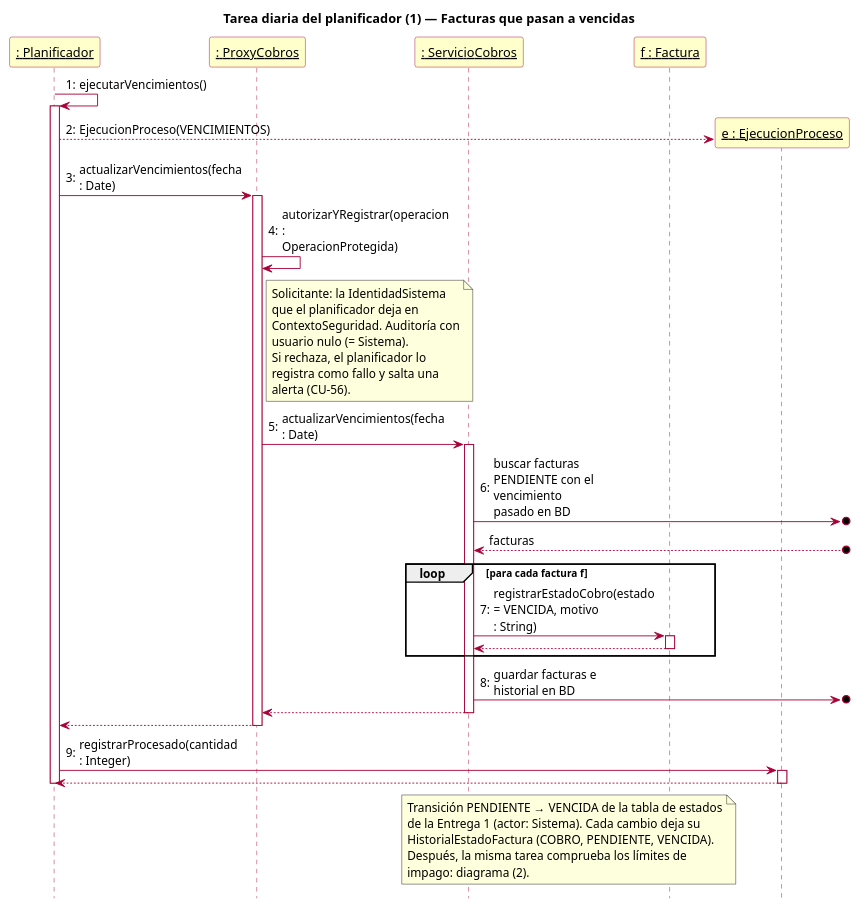
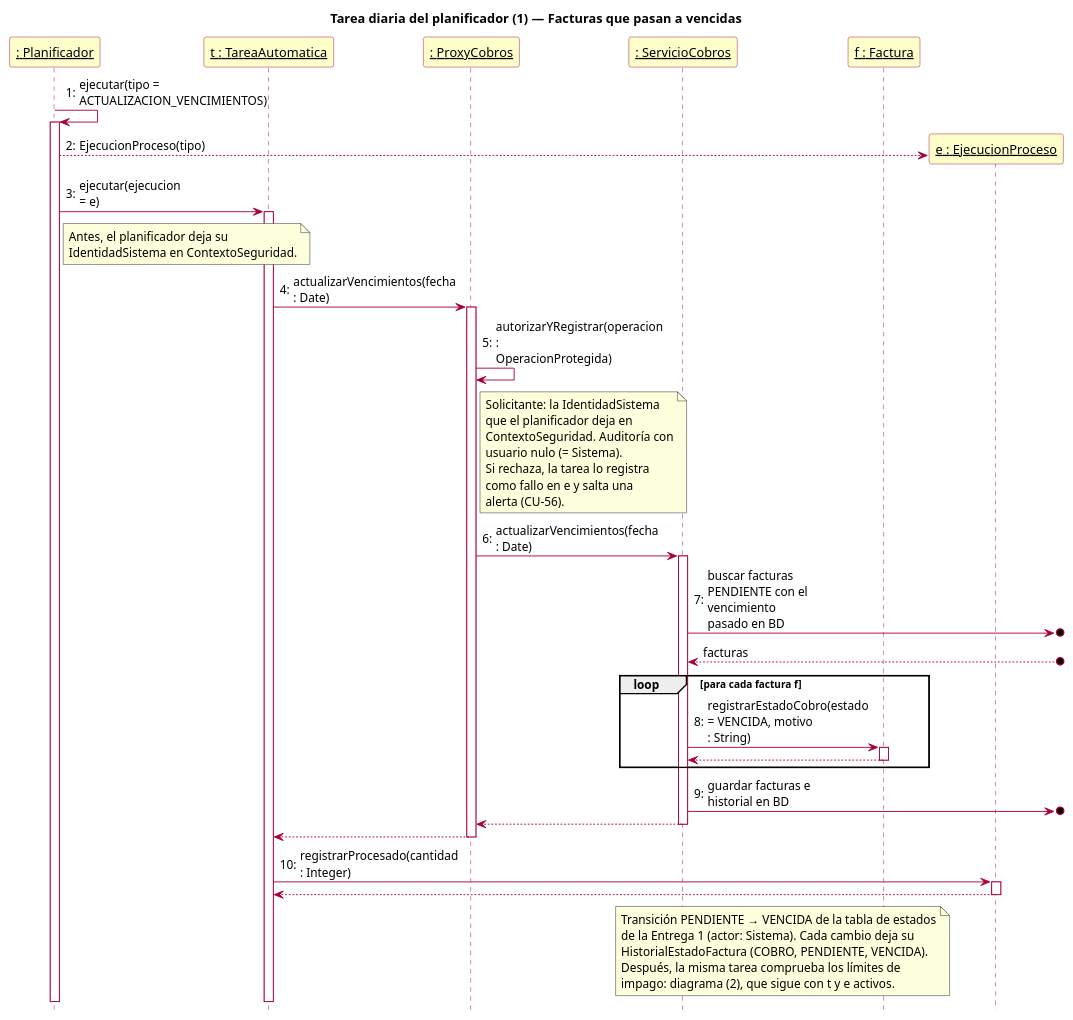
Before and after one commit to naybetaomar/AyDA-ProyectoBebes: the diagram in Entrega2_GrupoBebes/entrega2/diagramas/secuencias/tarea_1_vencimientos.puml, drawn with PlantUML. The commit also changed 9 other files, not shown here.

```diff
--- a/Entrega2_GrupoBebes/entrega2/diagramas/secuencias/tarea_1_vencimientos.puml
+++ b/Entrega2_GrupoBebes/entrega2/diagramas/secuencias/tarea_1_vencimientos.puml
@@ -1,60 +1,65 @@
 @startuml tarea_1_vencimientos
 title Tarea diaria del planificador (1) — Facturas que pasan a vencidas
 hide footbox
 skinparam maxMessageSize 120
 autonumber "0:"
 skinparam sequenceParticipantBackgroundColor #FFFFCC
 skinparam sequenceParticipantBorderColor #A80036
 skinparam sequenceArrowColor #A80036
 skinparam sequenceLifeLineBorderColor #A80036
 
 participant "__: Planificador__" as P
+participant "__t : TareaAutomatica__" as T
 participant "__: ProxyCobros__" as PX
 participant "__: ServicioCobros__" as SC
 participant "__f : Factura__" as F
 
-P -> P ++ : ejecutarVencimientos()
+P -> P ++ : ejecutar(tipo = ACTUALIZACION_VENCIMIENTOS)
 create participant "__e : EjecucionProceso__" as E
-P --> E : EjecucionProceso(VENCIMIENTOS)
+P --> E : EjecucionProceso(tipo)
+P -> T ++ : ejecutar(ejecucion = e)
+note right of P
+  Antes, el planificador deja su
+  IdentidadSistema en ContextoSeguridad.
+end note
 
-P -> PX ++ : actualizarVencimientos(fecha : Date)
+T -> PX ++ : actualizarVencimientos(fecha : Date)
 PX -> PX : autorizarYRegistrar(operacion : OperacionProtegida)
 note right of PX
   Solicitante: la IdentidadSistema
   que el planificador deja en
   ContextoSeguridad. Auditoría con
   usuario nulo (= Sistema).
-  Si rechaza, el planificador lo
-  registra como fallo y salta una
+  Si rechaza, la tarea lo registra
+  como fallo en e y salta una
   alerta (CU-56).
 end note
 PX -> SC ++ : actualizarVencimientos(fecha : Date)
 SC ->o] : buscar facturas PENDIENTE con el vencimiento pasado en BD
 autonumber stop
 SC <--o] : facturas
 autonumber resume
 loop para cada factura f
   SC -> F ++ : registrarEstadoCobro(estado = VENCIDA, motivo : String)
   autonumber stop
   return
   autonumber resume
 end
 SC ->o] : guardar facturas e historial en BD
 autonumber stop
 return
 return
 autonumber resume
-P -> E ++ : registrarProcesado(cantidad : Integer)
+T -> E ++ : registrarProcesado(cantidad : Integer)
 autonumber stop
 return
 autonumber resume
-deactivate P
 
 note over SC, F
   Transición PENDIENTE → VENCIDA de la tabla de estados
   de la Entrega 1 (actor: Sistema). Cada cambio deja su
   HistorialEstadoFactura (COBRO, PENDIENTE, VENCIDA).
   Después, la misma tarea comprueba los límites de
-  impago: diagrama (2).
+  impago: diagrama (2), que sigue con t y e activos.
 end note
 @enduml
```
